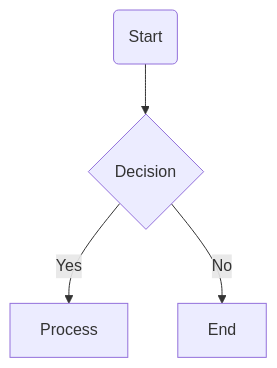
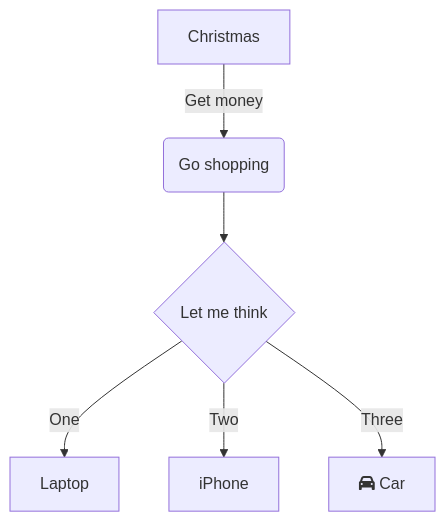
One commit to Cogni-AI-OU/cogni-ai-agent-skills changed the second of 7 diagrams in mermaid/SKILL.md. Above: the diagram before and after it, drawn with Mermaid. The commit also changed other lines of this file, not shown here.

Commit message:
Add examples for various diagram types in SKILL.md

````diff
--- a/mermaid/SKILL.md
+++ b/mermaid/SKILL.md
@@ -39,6 +59,8 @@
   ```mermaid
-  graph TD
-      A(Start) --> B{Decision}
-      B -- Yes --> C[Process]
-      B -- No --> D[End]
+flowchart TD
+    A[Christmas] -->|Get money| B(Go shopping)
+    B --> C{Let me think}
+    C -->|One| D[Laptop]
+    C -->|Two| E[iPhone]
+    C -->|Three| F[fa:fa-car Car]
   ```
````
